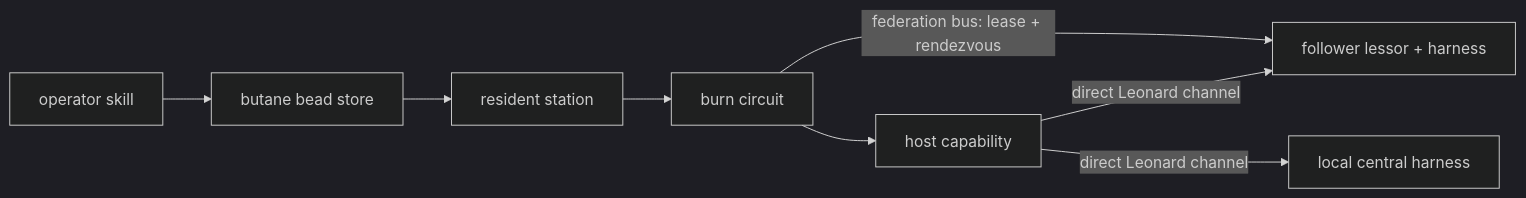
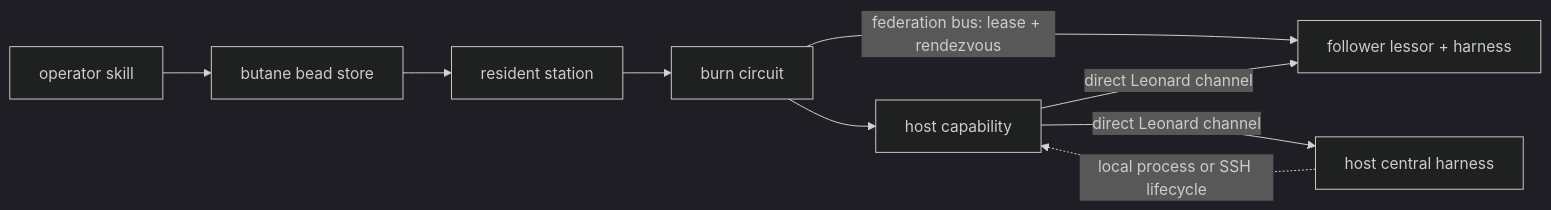
The diagram in docs/burn-workflow.md (nicholasspencer/butane_flutter), drawn with Mermaid (dark theme) before and after one commit. The commit also changed other lines of this file and 9 other files, not shown here.

First line of the commit message:
feat(burn): launch windows central over ssh (#67)

````diff
--- a/docs/burn-workflow.md
+++ b/docs/burn-workflow.md
@@ -7,10 +7,11 @@
 ```mermaid
 flowchart LR
   operator["operator skill"] --> store["butane bead store"]
   store --> station["resident station"]
   station --> circuit["burn circuit"]
   circuit -->|federation bus: lease + rendezvous| follower["follower lessor + harness"]
   circuit --> host["host capability"]
   host -->|direct Leonard channel| follower
-  host -->|direct Leonard channel| local["local central harness"]
+  host -->|direct Leonard channel| central["host central harness"]
+  central -. "local process or SSH lifecycle" .-> host
 ```
````
